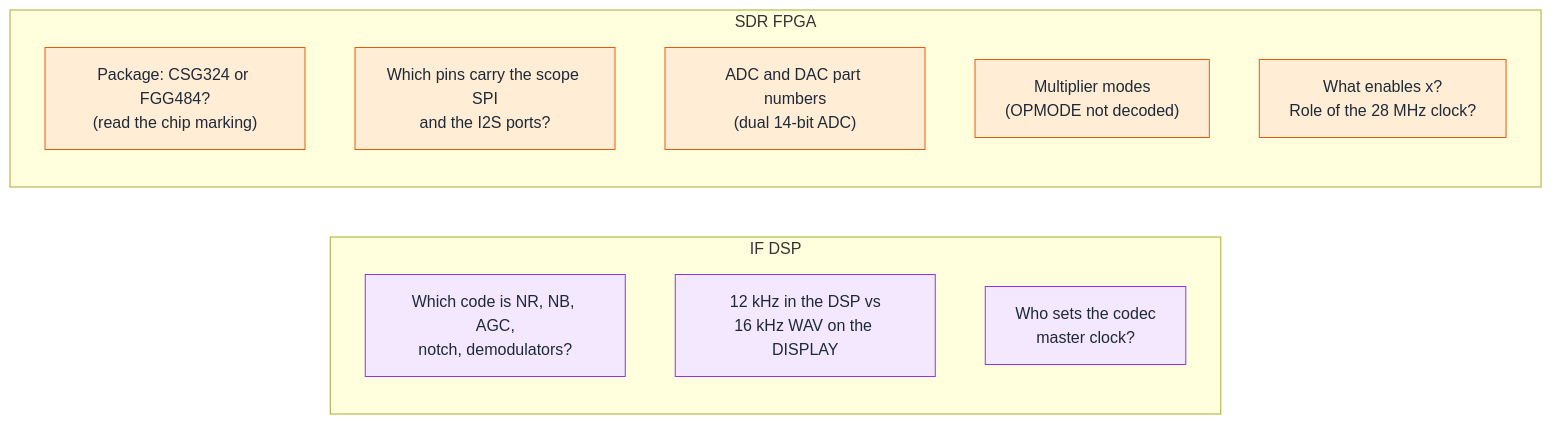
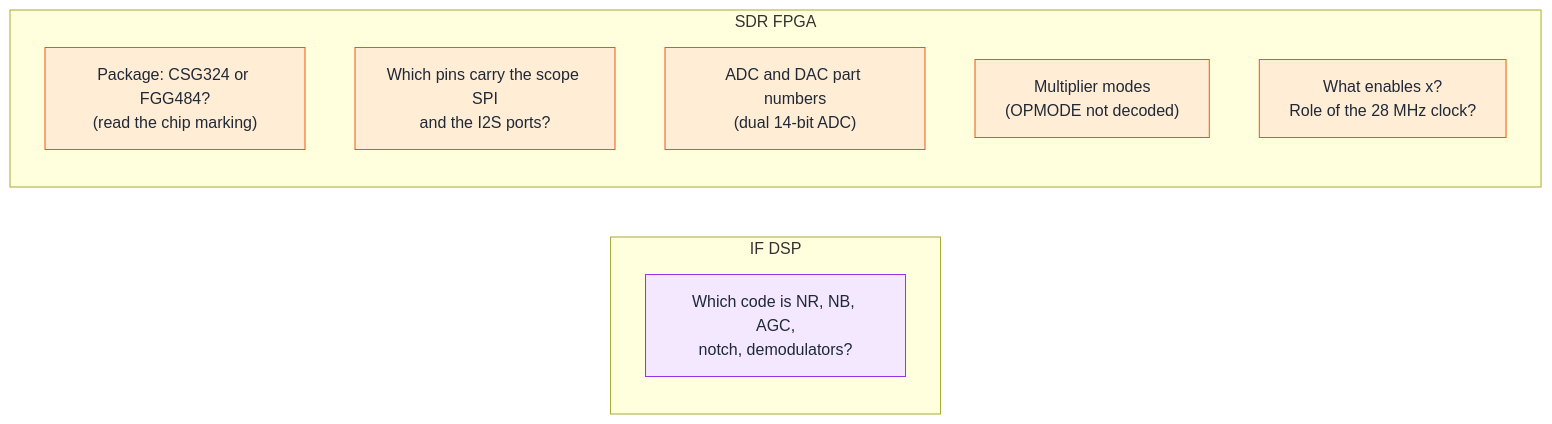
One commit to Reid-n0rc/FT-710_Firmware changed diagram 14 of 15 in docs/guide/README.md. Above: the diagram before and after it, drawn with Mermaid. The commit also changed other lines of this file and 4 other files, not shown here.

````diff
--- a/docs/guide/README.md
+++ b/docs/guide/README.md
@@ -2117,19 +2116,17 @@
 ```mermaid
 flowchart LR
   subgraph IFDSP["IF DSP"]
     I1["Which code is NR, NB, AGC,<br/>notch, demodulators?"]
-    I2["12 kHz in the DSP vs<br/>16 kHz WAV on the DISPLAY"]
-    I3["Who sets the codec<br/>master clock?"]
   end
   subgraph SDR["SDR FPGA"]
     S1["Package: CSG324 or FGG484?<br/>(read the chip marking)"]
     S2["Which pins carry the scope SPI<br/>and the I2S ports?"]
     S3["ADC and DAC part numbers<br/>(dual 14-bit ADC)"]
     S4["Multiplier modes<br/>(OPMODE not decoded)"]
     S5["What enables x?<br/>Role of the 28 MHz clock?"]
   end
   classDef dsp fill:#F3E8FF,stroke:#9333EA,color:#1F2937
   classDef sdr fill:#FFEDD5,stroke:#EA580C,color:#1F2937
-  class I1,I2,I3 dsp
+  class I1 dsp
   class S1,S2,S3,S4,S5 sdr
 ```
````
